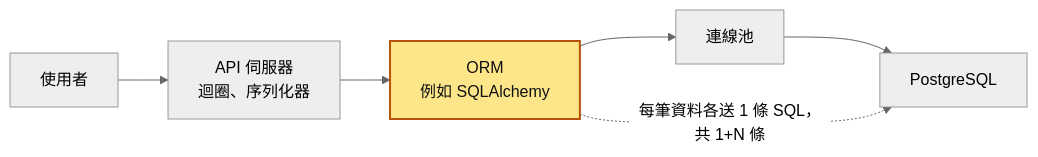
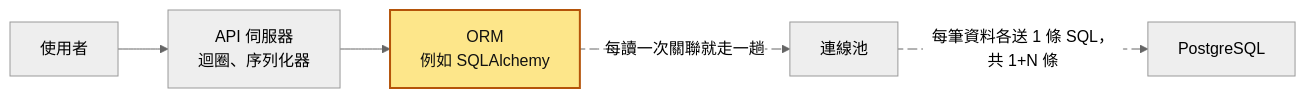
The first of 10 diagrams in docs/09-N+1 查詢.md (TLOGBen/BackendBook), drawn with Mermaid (neutral theme) before and after one commit. The commit also changed other lines of this file and 125 other files, not shown here.

First line of the commit message:
新人教材：擴充到 59 篇，每篇加上互動主圖、核心理念與閱讀前知識

````diff
--- a/docs/09-N+1 查詢.md
+++ b/docs/09-N+1 查詢.md
@@ -71,10 +93,11 @@
 ```mermaid
 flowchart LR
     U["使用者"] --> API["API 伺服器<br/>迴圈、序列化器"]
     API --> ORM["ORM<br/>例如 SQLAlchemy"]
-    ORM --> POOL["連線池"]
-    POOL --> DB["PostgreSQL"]
-    ORM -. "每筆資料各送 1 條 SQL，共 1+N 條" .-> DB
+    ORM e1@-->|"每讀一次關聯就走一趟"| POOL["連線池"]
+    POOL e2@-->|"每筆資料各送 1 條 SQL，共 1+N 條"| DB["PostgreSQL"]
+    e1@{ animate: true }
+    e2@{ animate: true }
     classDef hot fill:#fde68a,stroke:#b45309,stroke-width:2px,color:#111
     class ORM hot
 ```
````
